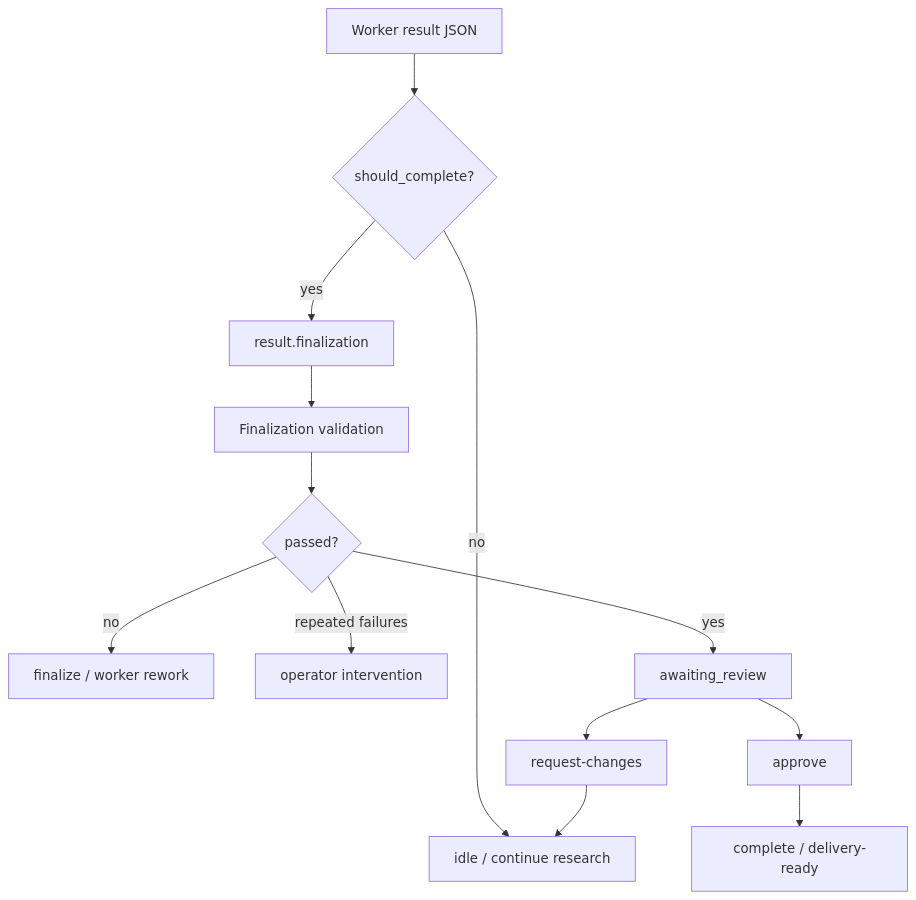
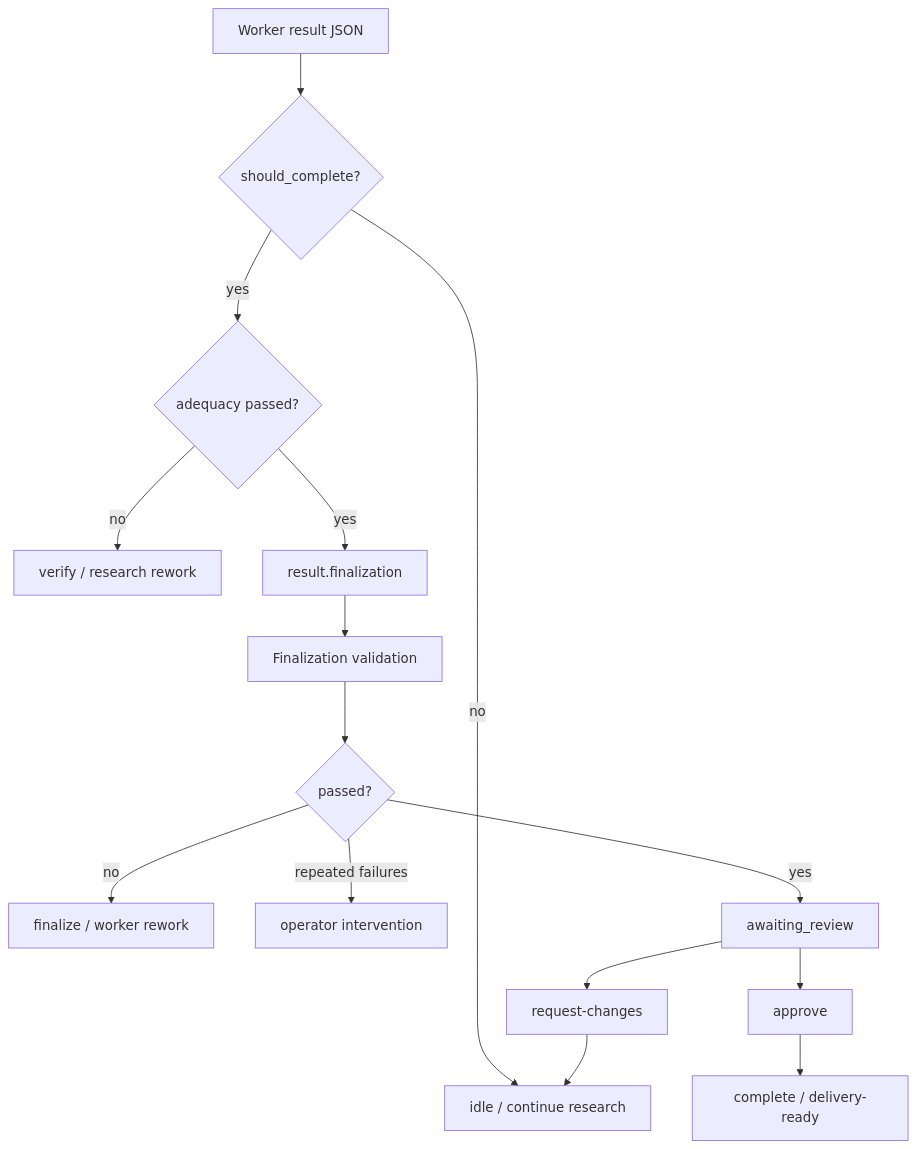
Diagram 11 of 12 in ARCHITECTURE.md (VKambulov/research-mode), drawn with Mermaid before and after one commit. The commit also changed other lines of this file and 23 other files, not shown here.

Commit message:
Add research adequacy gate

````diff
--- a/ARCHITECTURE.md
+++ b/ARCHITECTURE.md
@@ -373,15 +435,17 @@
 ```mermaid
 flowchart TD
     WorkerResult[Worker result JSON] --> WantsComplete{should_complete?}
     WantsComplete -- no --> Continue[idle / continue research]
-    WantsComplete -- yes --> Trace[result.finalization]
+    WantsComplete -- yes --> Adequacy{adequacy passed?}
+    Adequacy -- no --> Verify[verify / research rework]
+    Adequacy -- yes --> Trace[result.finalization]
     Trace --> Validate[Finalization validation]
     Validate --> Passed{passed?}
     Passed -- no --> Rework[finalize / worker rework]
     Passed -- repeated failures --> Intervention[operator intervention]
     Passed -- yes --> Review[awaiting_review]
     Review --> Approve[approve]
     Review --> Changes[request-changes]
     Approve --> Complete[complete / delivery-ready]
     Changes --> Continue
 ```
````
